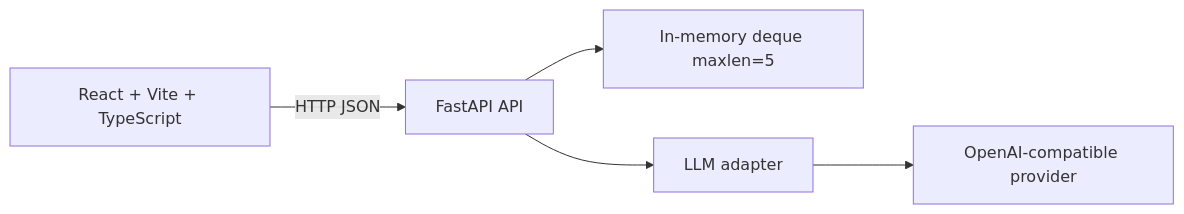
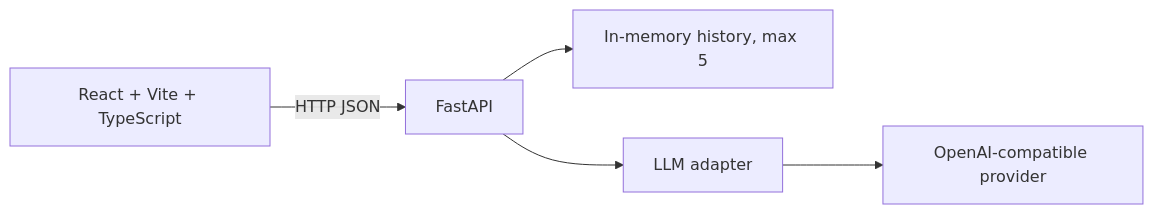
One commit to mister-marker/ai-team-assistant changed the diagram in README.md. Above: the diagram before and after it, drawn with Mermaid. The commit also changed other lines of this file and 6 other files, not shown here.

````diff
--- a/README.md
+++ b/README.md
@@ -23,7 +20,7 @@
 ```mermaid
 flowchart LR
-    Browser["React + Vite + TypeScript"] -->|HTTP JSON| API["FastAPI API"]
-    API --> History["In-memory deque maxlen=5"]
+    Browser["React + Vite + TypeScript"] -->|HTTP JSON| API["FastAPI"]
+    API --> History["In-memory history, max 5"]
     API --> LLM["LLM adapter"]
     LLM --> Provider["OpenAI-compatible provider"]
 ```
````
